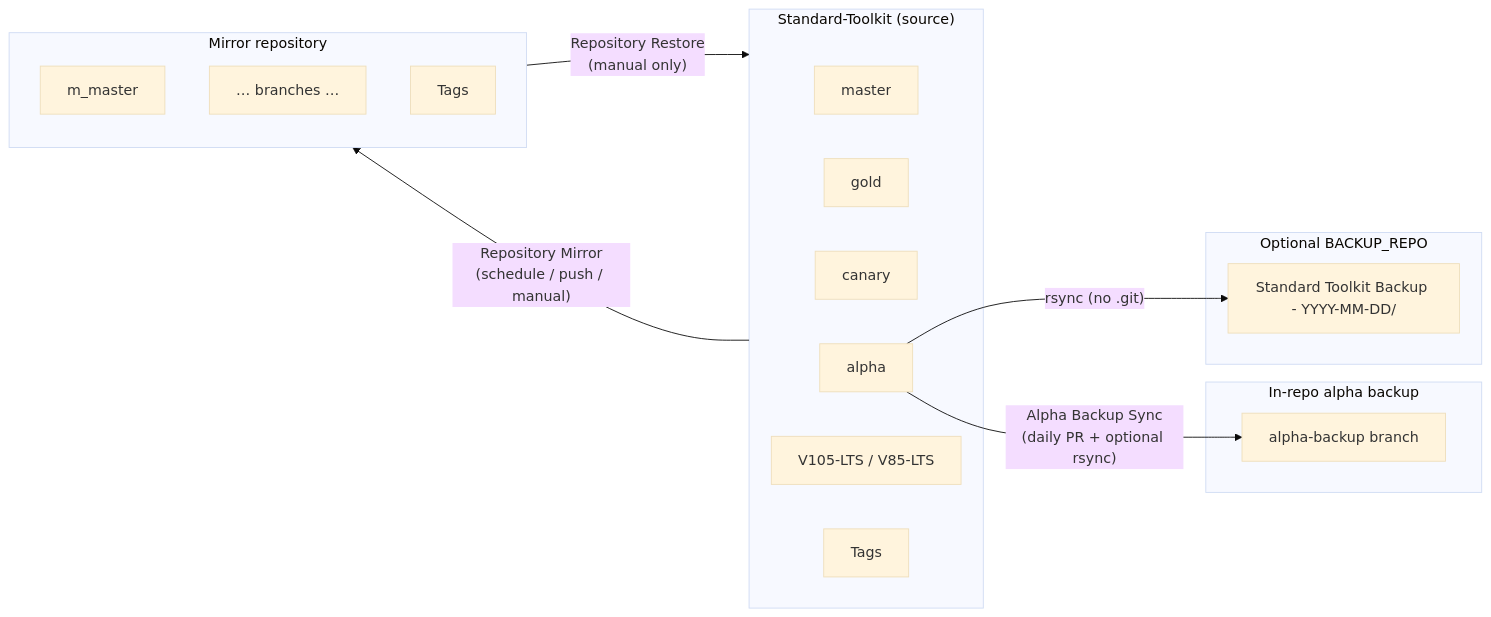
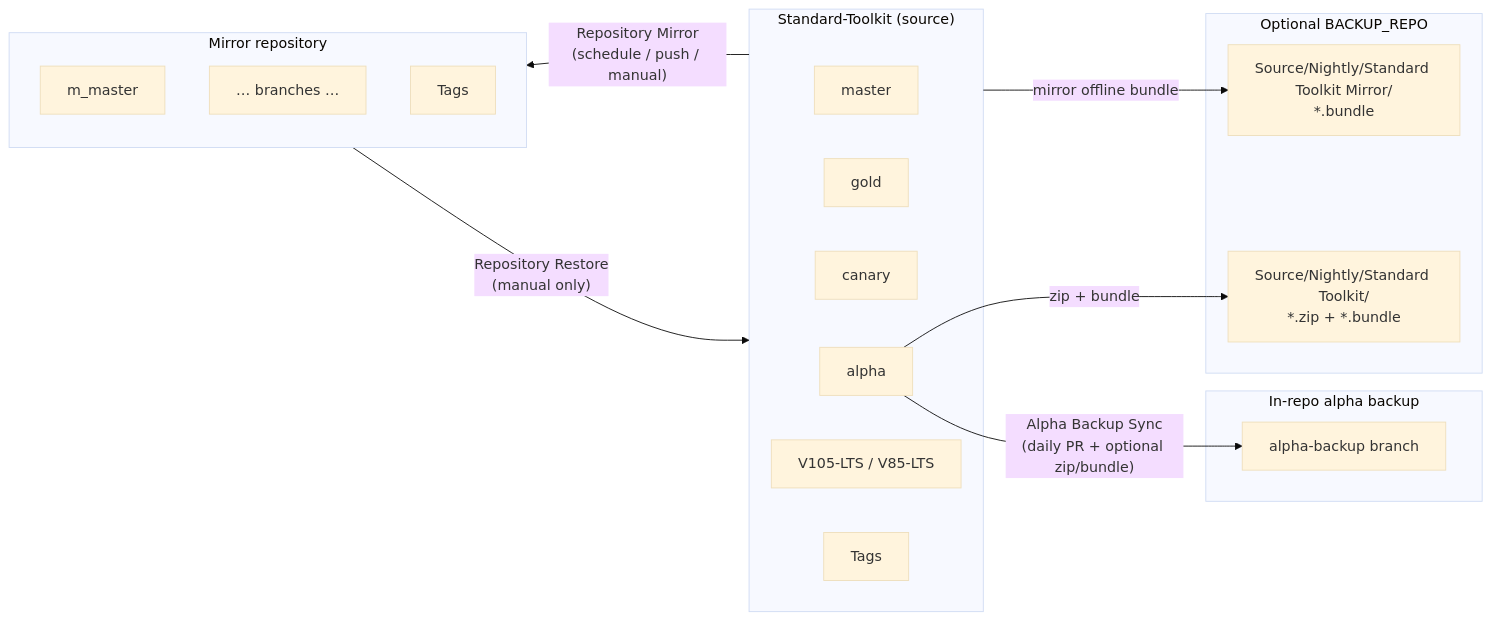
The first of 2 diagrams in Source/Help/DocFX/articles/Contributing/Workflows/RepositoryBackupAndRestoreWorkflow.md (Krypton-Suite/Standard-Toolkit-Online-Help), drawn with Mermaid (base theme) before and after one commit. The commit also changed other lines of this file and 224 other files, not shown here.

````diff
--- a/Source/Help/DocFX/articles/Contributing/Workflows/RepositoryBackupAndRestoreWorkflow.md
+++ b/Source/Help/DocFX/articles/Contributing/Workflows/RepositoryBackupAndRestoreWorkflow.md
@@ -51,30 +51,32 @@
 ```mermaid
 flowchart LR
   subgraph source["Standard-Toolkit (source)"]
     master
     gold
     canary
     alpha
     lts["V105-LTS / V85-LTS"]
     tags["Tags"]
   end
 
   subgraph mirror["Mirror repository"]
     m_master
     m_branches["… branches …"]
     m_tags["Tags"]
   end
 
   subgraph alpha_backup["In-repo alpha backup"]
     alpha_backup_branch["alpha-backup branch"]
   end
 
   subgraph file_backup["Optional BACKUP_REPO"]
-    dated_dirs["Standard Toolkit Backup - YYYY-MM-DD/"]
+    alpha_snaps["Source/Nightly/Standard Toolkit/\n*.zip + *.bundle"]
+    mirror_snaps["Source/Nightly/Standard Toolkit Mirror/\n*.bundle"]
   end
 
   source -->|"Repository Mirror\n(schedule / push / manual)"| mirror
   mirror -->|"Repository Restore\n(manual only)"| source
-  alpha -->|"Alpha Backup Sync\n(daily PR + optional rsync)"| alpha_backup_branch
-  alpha -->|"rsync (no .git)"| dated_dirs
+  alpha -->|"Alpha Backup Sync\n(daily PR + optional zip/bundle)"| alpha_backup_branch
+  alpha -->|"zip + bundle"| alpha_snaps
+  source -->|"mirror offline bundle"| mirror_snaps
 ```
````
